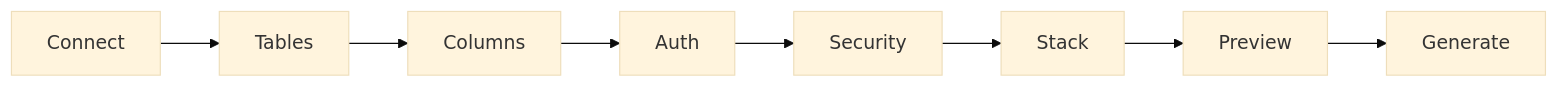
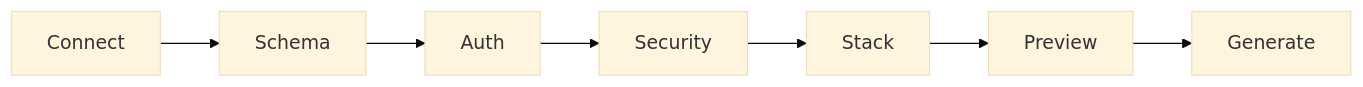
One commit to andersondfm/apiforge changed the first of 2 diagrams in README.md. Above: the diagram before and after it, drawn with Mermaid (base theme). The commit also changed other lines of this file, not shown here.

Commit message:
Enhance README with updated schema design features, including a canvas for table and column management. Add instructions for local test databases and end-to-end testing. Update quick start commands and clarify API route structures. Improve contributing guidelines for testing before PR submission.

````diff
--- a/README.md
+++ b/README.md
@@ -48,4 +52,4 @@
 ```mermaid
 flowchart LR
-  Connect --> Tables --> Columns --> Auth --> Security --> Stack --> Preview --> Generate
+  Connect --> Schema --> Auth --> Security --> Stack --> Preview --> Generate
 ```
````
